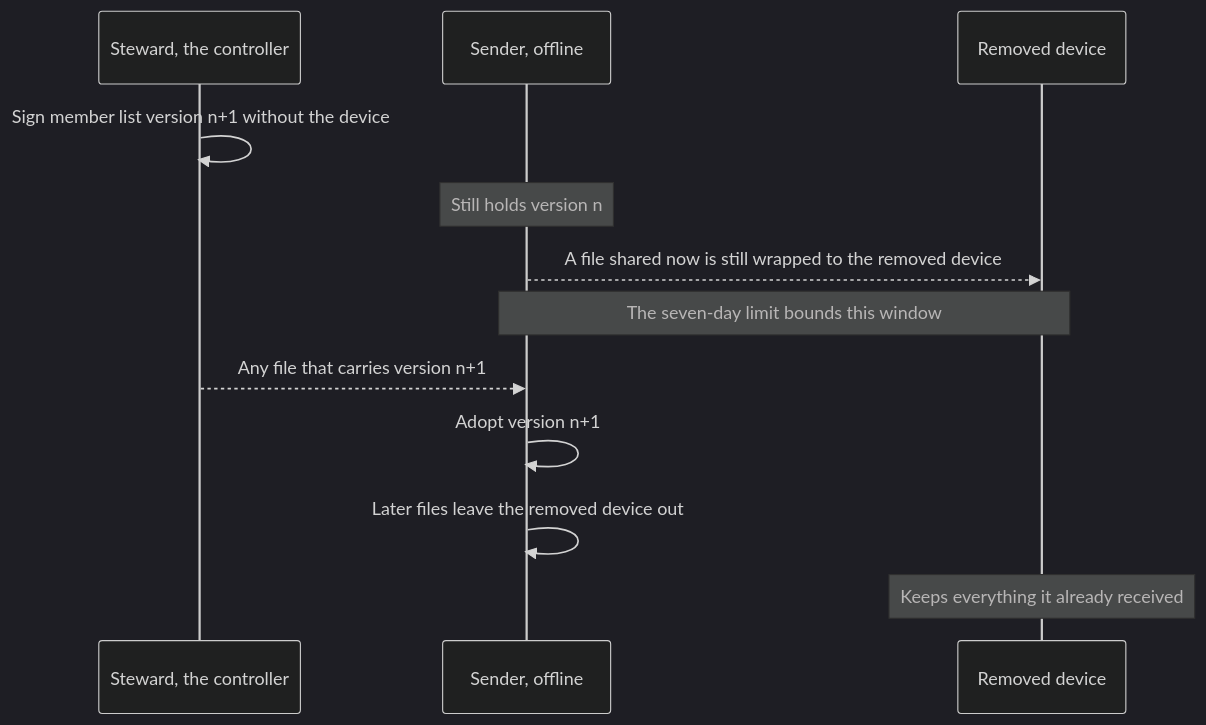
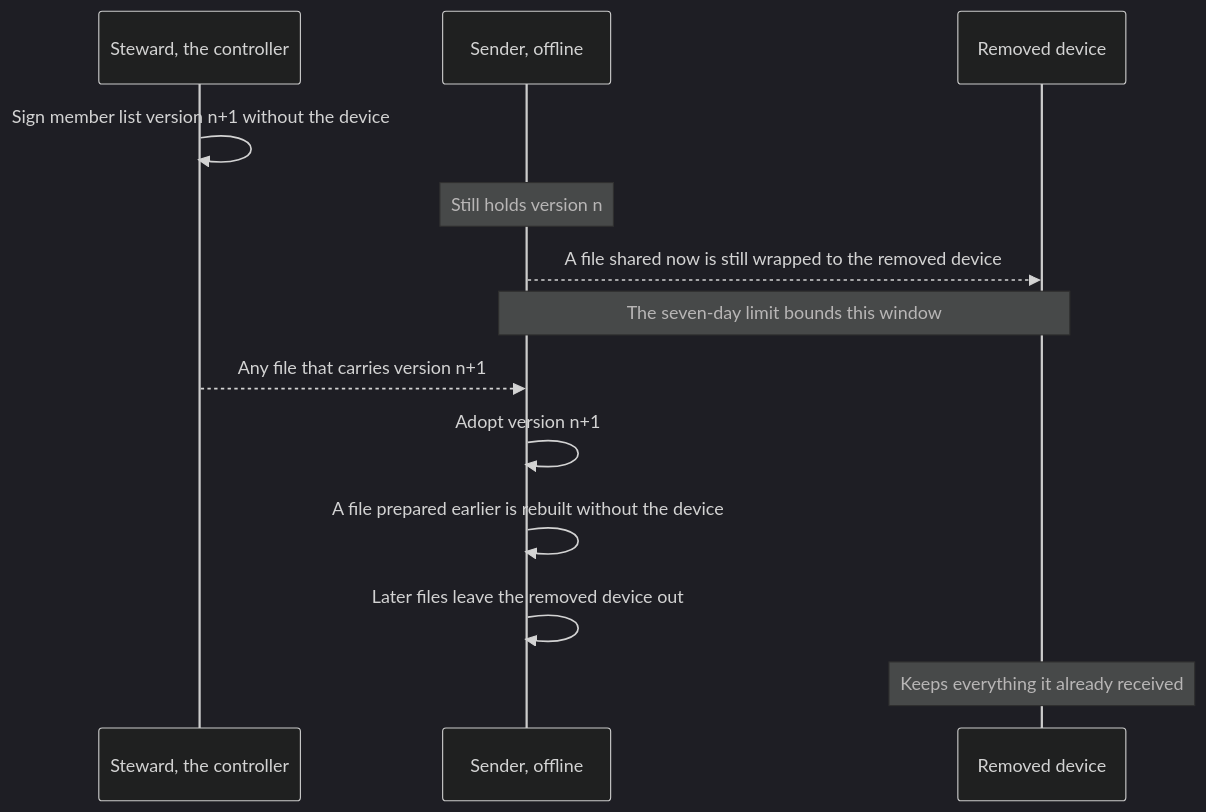
Before and after one commit to greenpill-dev-guild/green-goods: diagram 11 of 18 in .plans/ideas/grove/architecture-flows.md, drawn with Mermaid (dark theme). The commit also changed 8 other files, not shown here.

````diff
--- a/.plans/ideas/grove/architecture-flows.md
+++ b/.plans/ideas/grove/architecture-flows.md
@@ -247,14 +247,15 @@
 ```mermaid
 sequenceDiagram
   participant S as Steward, the controller
   participant A as Sender, offline
   participant X as Removed device
   S->>S: Sign member list version n+1 without the device
   Note over A: Still holds version n
   A-->>X: A file shared now is still wrapped to the removed device
   Note over A,X: The seven-day limit bounds this window
   S-->>A: Any file that carries version n+1
   A->>A: Adopt version n+1
+  A->>A: A file prepared earlier is rebuilt without the device
   A->>A: Later files leave the removed device out
   Note over X: Keeps everything it already received
 ```
````
